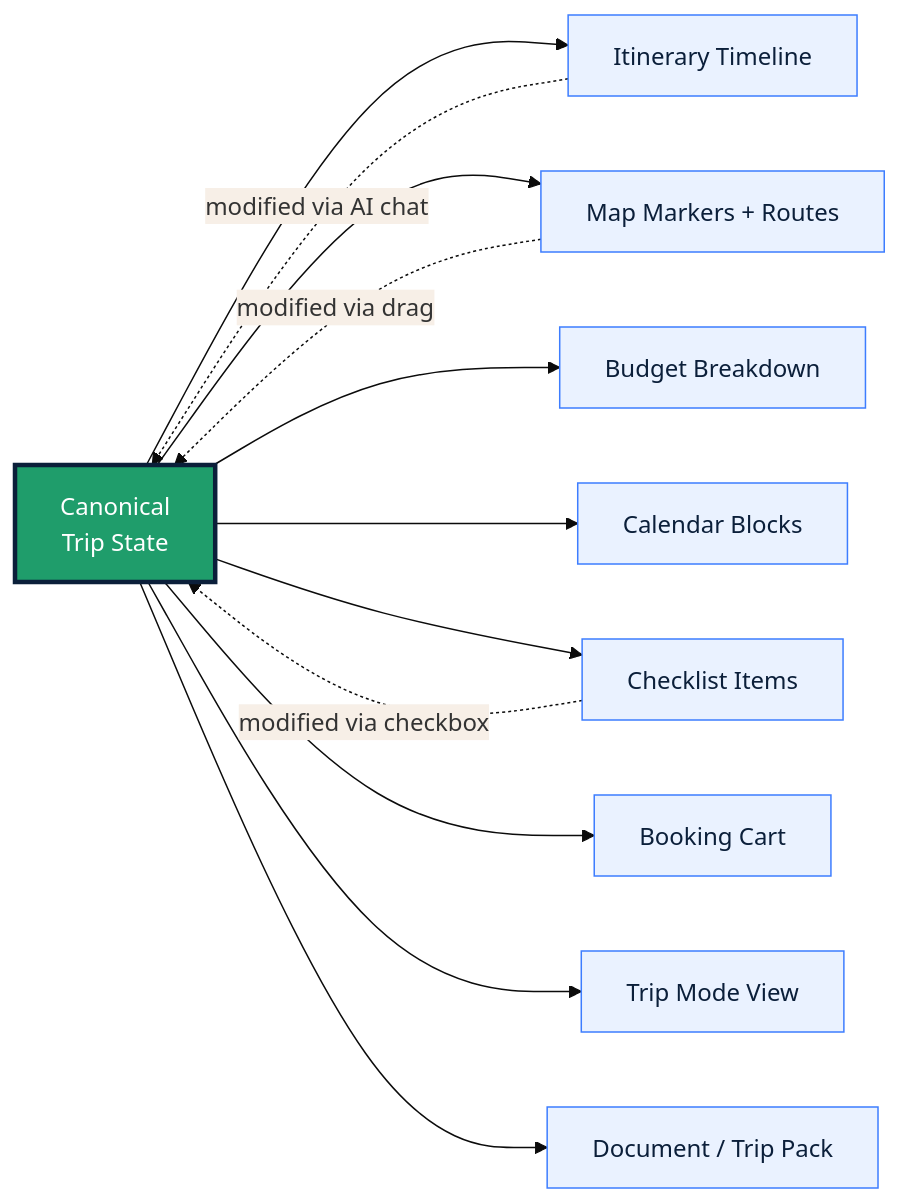
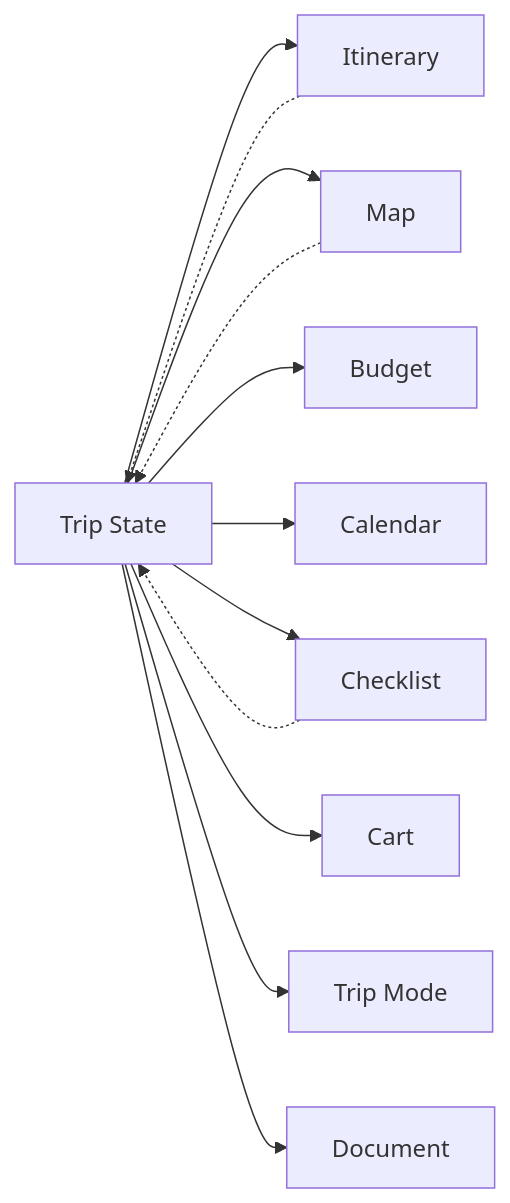
One commit to sharancode3/SmartTrip-AI-Basic-design-Prototype changed the second of 7 diagrams in README.md. Above: the diagram before and after it, drawn with Mermaid. The commit also changed other lines of this file, not shown here.

First line of the commit message:
Slim down Mermaid diagrams: black-white, compact labels

````diff
--- a/README.md
+++ b/README.md
@@ -202,29 +163,14 @@
 ```mermaid
-%%{init: {'theme': 'base', 'themeVariables': {'primaryColor': '#E7F7EF', 'primaryBorderColor': '#1F9D6B'}}}%%
-
 flowchart LR
-    TS["Canonical<br/>Trip State"]
-
-    TS --> IT["Itinerary Timeline"]
-    TS --> MP["Map Markers + Routes"]
-    TS --> BD["Budget Breakdown"]
-    TS --> CL["Calendar Blocks"]
-    TS --> CK["Checklist Items"]
-    TS --> CR["Booking Cart"]
-    TS --> TM["Trip Mode View"]
-    TS --> DC["Document / Trip Pack"]
-
-    IT -.-> |"modified via AI chat"| TS
-    MP -.-> |"modified via drag"| TS
-    CK -.-> |"modified via checkbox"| TS
-
-    style TS fill:#1F9D6B,stroke:#0B1F3A,stroke-width:3px,color:#FFFFFF
-    style IT fill:#EAF2FF,stroke:#3D7DFF,color:#0B1F3A
-    style MP fill:#EAF2FF,stroke:#3D7DFF,color:#0B1F3A
-    style BD fill:#EAF2FF,stroke:#3D7DFF,color:#0B1F3A
-    style CL fill:#EAF2FF,stroke:#3D7DFF,color:#0B1F3A
-    style CK fill:#EAF2FF,stroke:#3D7DFF,color:#0B1F3A
-    style CR fill:#EAF2FF,stroke:#3D7DFF,color:#0B1F3A
-    style TM fill:#EAF2FF,stroke:#3D7DFF,color:#0B1F3A
-    style DC fill:#EAF2FF,stroke:#3D7DFF,color:#0B1F3A
+    TS["Trip State"] --> IT["Itinerary"]
+    TS --> MP["Map"]
+    TS --> BD["Budget"]
+    TS --> CL["Calendar"]
+    TS --> CK["Checklist"]
+    TS --> CR["Cart"]
+    TS --> TM["Trip Mode"]
+    TS --> DC["Document"]
+    IT -.-> TS
+    MP -.-> TS
+    CK -.-> TS
 ```
````
